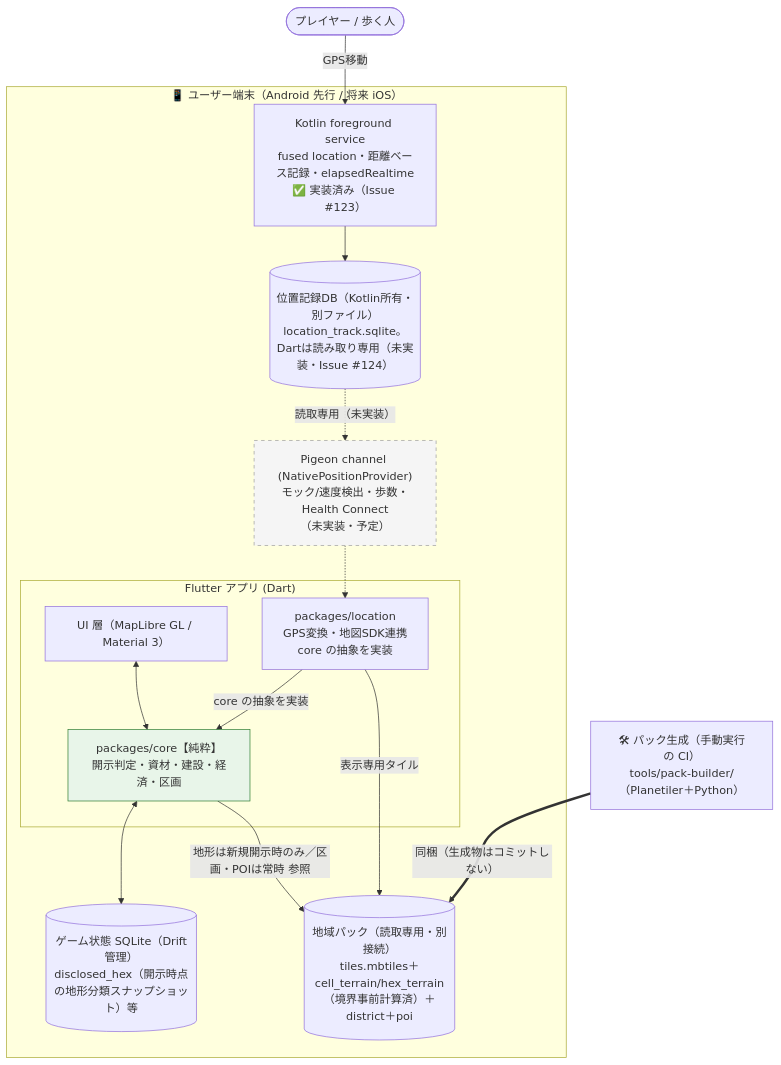
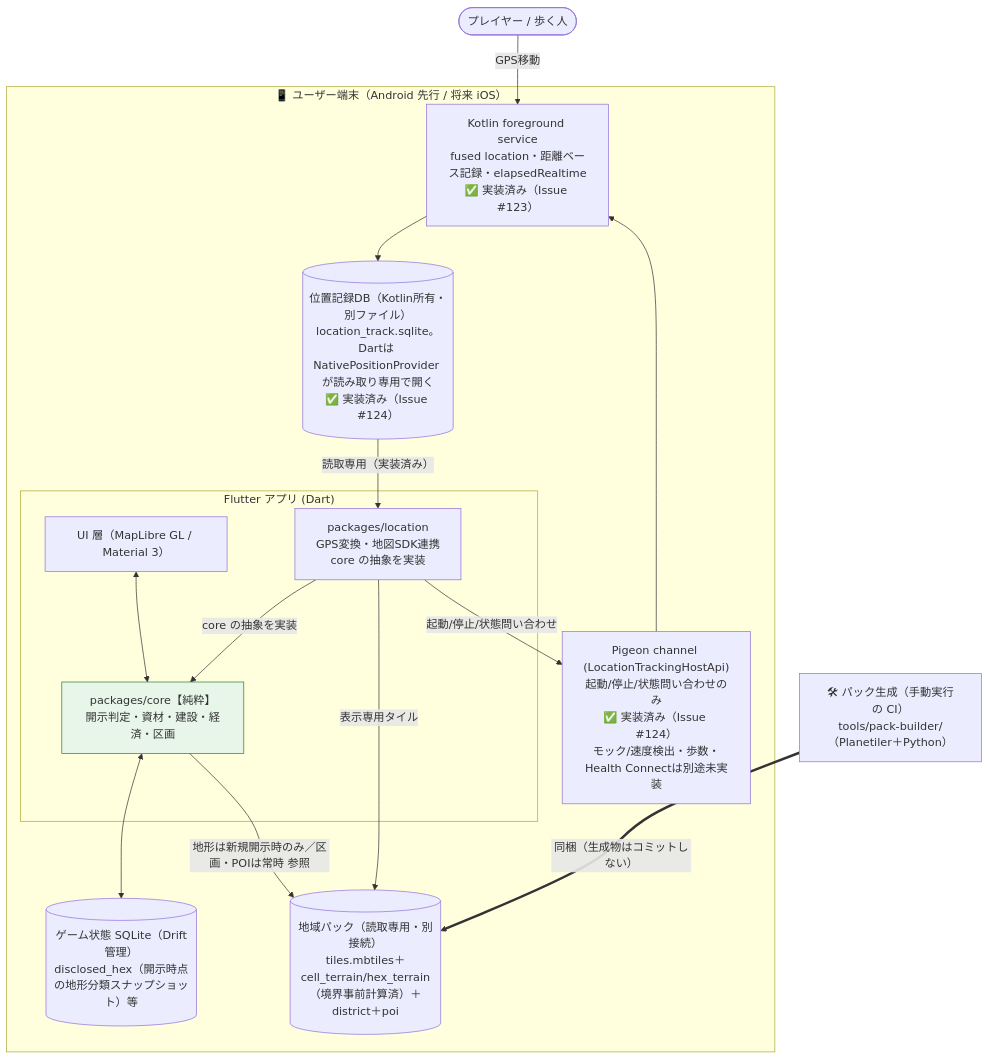
Before and after one commit to rokusoudo-product/terra-town: the diagram in README.md, drawn with Mermaid. The commit also changed other lines of this file and 23 other files, not shown here.

First line of the commit message:
feat: Pigeon で位置記録の制御チャンネルを定義し NativePositionProvider を実装 (T049・T050)

````diff
--- a/README.md
+++ b/README.md
@@ -34,35 +34,34 @@
 ```mermaid
 flowchart TB
     user([プレイヤー / 歩く人])
 
     subgraph device["📱 ユーザー端末（Android 先行 / 将来 iOS）"]
         subgraph flutter["Flutter アプリ (Dart)"]
             ui["UI 層（MapLibre GL / Material 3）"]
             core["packages/core【純粋】<br/>開示判定・資材・建設・経済・区画"]
             loc["packages/location<br/>GPS変換・地図SDK連携<br/>core の抽象を実装"]
         end
         fg["Kotlin foreground service<br/>fused location・距離ベース記録・elapsedRealtime<br/>✅ 実装済み（Issue #123）"]
-        pigeon["Pigeon channel (NativePositionProvider)<br/>モック/速度検出・歩数・Health Connect<br/>（未実装・予定）"]
+        pigeon["Pigeon channel (LocationTrackingHostApi)<br/>起動/停止/状態問い合わせのみ<br/>✅ 実装済み（Issue #124）<br/>モック/速度検出・歩数・Health Connectは別途未実装"]
         gamedb[("ゲーム状態 SQLite（Drift管理）<br/>disclosed_hex（開示時点の地形分類スナップショット）等")]
-        trackdb[("位置記録DB（Kotlin所有・別ファイル）<br/>location_track.sqlite。Dartは読み取り専用（未実装・Issue #124）")]
+        trackdb[("位置記録DB（Kotlin所有・別ファイル）<br/>location_track.sqlite。Dartは NativePositionProvider が読み取り専用で開く<br/>✅ 実装済み（Issue #124）")]
         pack[("地域パック（読取専用・別接続）<br/>tiles.mbtiles＋cell_terrain/hex_terrain（境界事前計算済）＋district＋poi")]
     end
 
     ci["🛠 パック生成（手動実行の CI）<br/>tools/pack-builder/（Planetiler＋Python）"]
 
     user -->|GPS移動| fg
     fg --> trackdb
-    trackdb -.読取専用（未実装）.-> pigeon
-    pigeon -.-> loc
+    trackdb -->|読取専用（実装済み）| loc
+    loc -->|起動/停止/状態問い合わせ| pigeon
+    pigeon --> fg
     ui <--> core
     loc -->|core の抽象を実装| core
     core <--> gamedb
     core -->|地形は新規開示時のみ／区画・POIは常時 参照| pack
     loc -->|表示専用タイル| pack
     ci ==>|同梱（生成物はコミットしない）| pack
 
     classDef pure fill:#e8f5e9,stroke:#2e7d32;
-    classDef planned stroke-dasharray: 5 5,fill:#f5f5f5,stroke:#9e9e9e;
     class core pure
-    class pigeon planned
 ```
````
